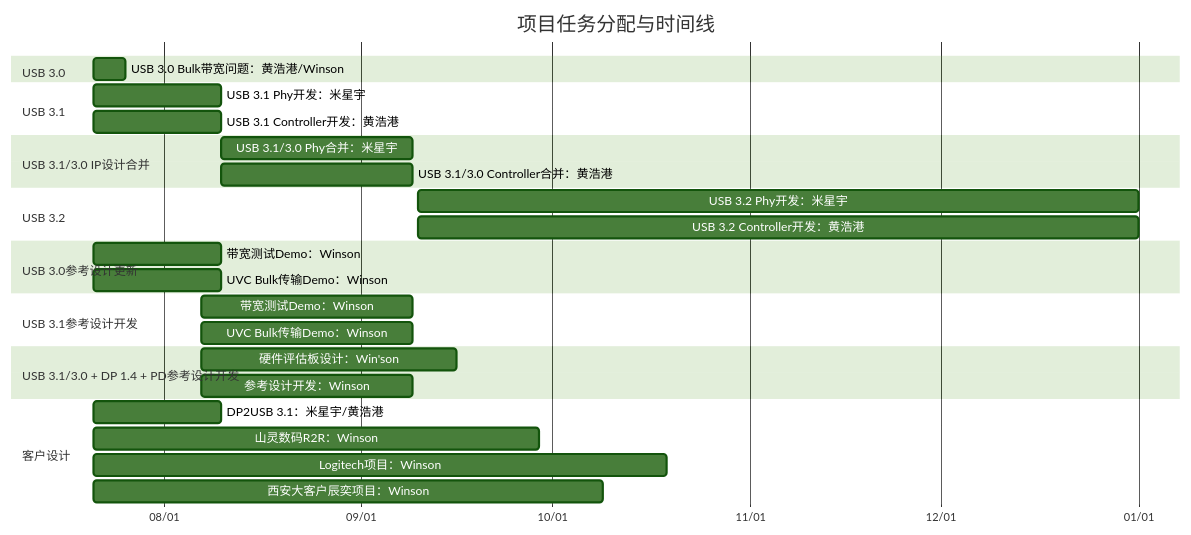
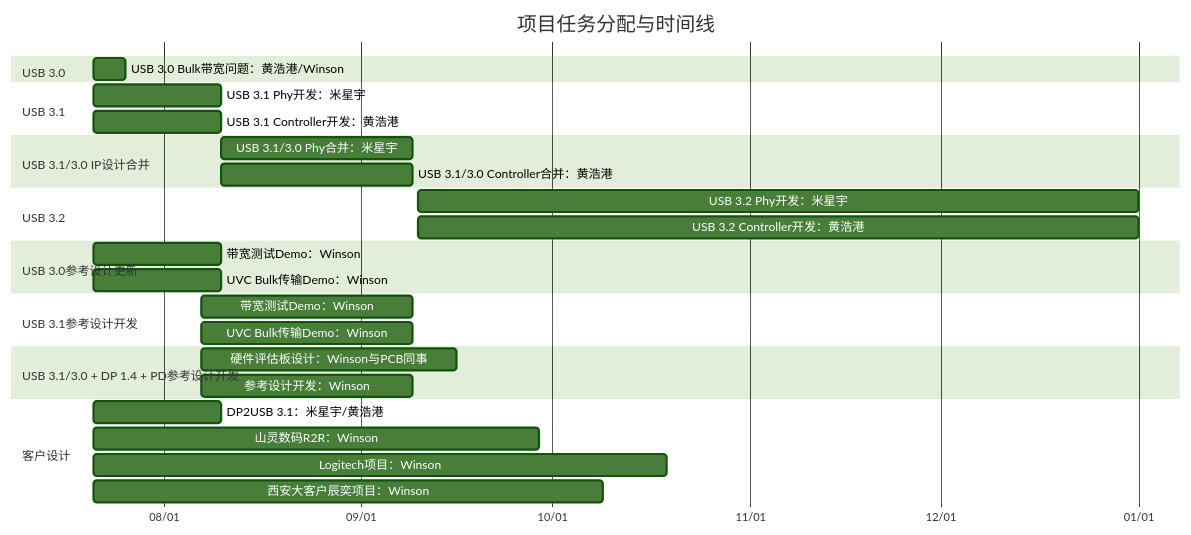
The diagram in all/未命名.md (winsonbook/iodraw-files), drawn with Mermaid (forest theme) before and after one commit.

Commit message:
2025-07-21 10:21:04 update

````diff
--- a/all/未命名.md
+++ b/all/未命名.md
@@ -1,39 +1,39 @@
 ```mermaid
 gantt
     title 项目任务分配与时间线
     dateFormat  YYYY-MM-DD
     axisFormat  %m/%d
 
     section USB 3.0
     USB 3.0 Bulk带宽问题：黄浩港/Winson   :    task1, 2025-07-21, 5d
 
     section USB 3.1
     USB 3.1 Phy开发：米星宇      :         task2, 2025-07-21, 20d
     USB 3.1 Controller开发：黄浩港      :  task3, 2025-07-21, 20d
 
     section USB 3.1/3.0 IP设计合并
     USB 3.1/3.0 Phy合并：米星宇       :    task4, 2025-08-10, 30d
     USB 3.1/3.0 Controller合并：黄浩港:    task5, 2025-08-10, 30d
 
     section USB 3.2
     USB 3.2 Phy开发：米星宇      :         task2, 2025-09-10, 113d
     USB 3.2 Controller开发：黄浩港      :  task3, 2025-09-10, 113d
 
     section USB 3.0参考设计更新
     带宽测试Demo：Winson       :         task6, 2025-07-21, 20d
     UVC Bulk传输Demo：Winson   :        task7, 2025-07-21, 20d
 
     section USB 3.1参考设计开发
     带宽测试Demo：Winson       :         task8, 2025-08-07, 33d
     UVC Bulk传输Demo：Winson   :         task9, 2025-08-07, 33d
 
     section USB 3.1/3.0 + DP 1.4 + PD参考设计开发
-    硬件评估板设计：Win'son       :         task8, 2025-08-07, 40d
+    硬件评估板设计：Winson与PCB同事       :         task8, 2025-08-07, 40d
     参考设计开发：Winson   :         task9, 2025-08-07, 33d
 
     section 客户设计
     DP2USB 3.1：米星宇/黄浩港      :task10, 2025-07-21, 20d
     山灵数码R2R：Winson :             task11, 2025-07-21, 70d
     Logitech项目：Winson :            task12, 2025-07-21, 90d
     西安大客户辰奕项目：Winson :       task13, 2025-07-21, 80d
 ```
````
